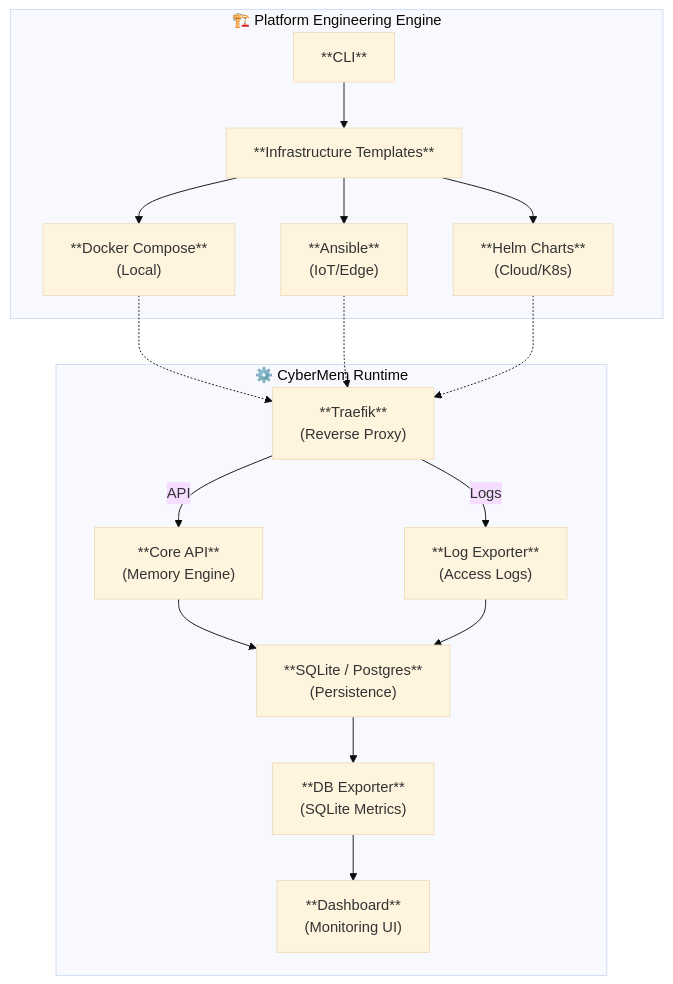
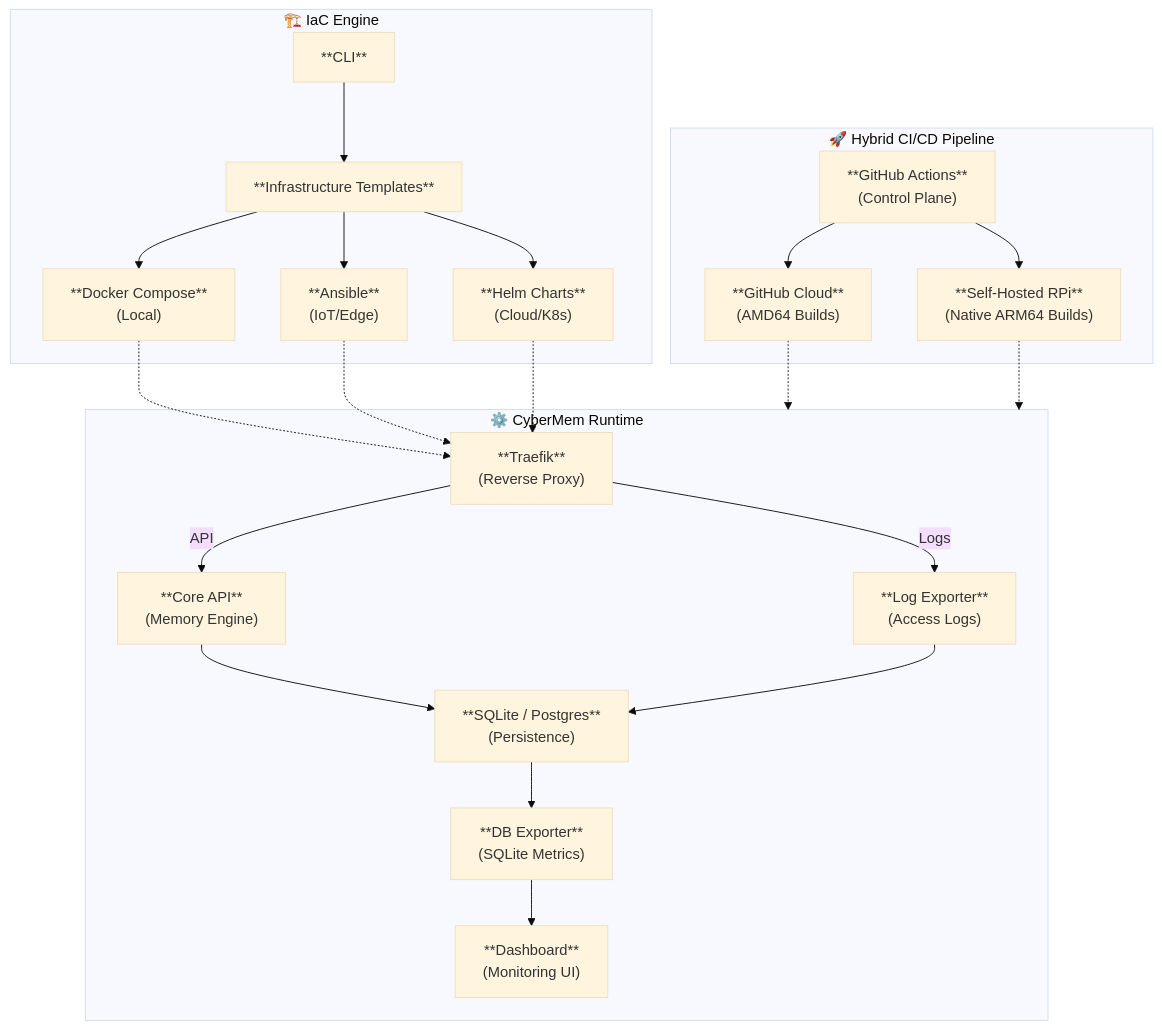
The diagram in README.md (mikhailkogan17/cybermem), drawn with Mermaid before and after one commit. The commit also changed other lines of this file and 18 other files, not shown here.

````diff
--- a/README.md
+++ b/README.md
@@ -63,42 +67,53 @@
 ```mermaid
 ---
 config:
   theme: base
   wrappingWidth: 290
   fontSize: 11
 ---
 graph TD
-    subgraph Gen["🏗️ Platform Engineering Engine"]
+    subgraph CI["🚀 Hybrid CI/CD Pipeline"]
+        GHA["**GitHub Actions**<br/>(Control Plane)"]
+        Cloud["**GitHub Cloud**<br/>(AMD64 Builds)"]
+        RPiR["**Self-Hosted RPi**<br/>(Native ARM64 Builds)"]
+        
+        GHA --> Cloud
+        GHA --> RPiR
+    end
+
+    subgraph Gen["🏗️ IaC Engine"]
         CLI["**CLI**"]
         Templates["**Infrastructure Templates**"]
         CLI --> Templates
 
         Compose["**Docker Compose**<br/>(Local)"]
         Ansible["**Ansible**<br/>(IoT/Edge)"]
         Helm["**Helm Charts**<br/>(Cloud/K8s)"]
 
         Templates --> Compose
         Templates --> Ansible
         Templates --> Helm
     end
 
     subgraph Runtime["⚙️ CyberMem Runtime"]
         Traefik["**Traefik**<br/>(Reverse Proxy)"]
         LE["**Log Exporter**<br/>(Access Logs)"]
         DBE["**DB Exporter**<br/>(SQLite Metrics)"]
         Dash["**Dashboard**<br/>(Monitoring UI)"]
         OM["**Core API**<br/>(Memory Engine)"]
         DB["**SQLite / Postgres**<br/>(Persistence)"]
 
         Traefik -->|Logs| LE
         Traefik -->|API| OM
         OM --> DB
         LE --> DB
         DB --> DBE
         DBE --> Dash
     end
 
+    Cloud -.-> Runtime
+    RPiR -.-> Runtime
     Compose -.-> Traefik
     Ansible -.-> Traefik
     Helm -.-> Traefik
 ```
````
